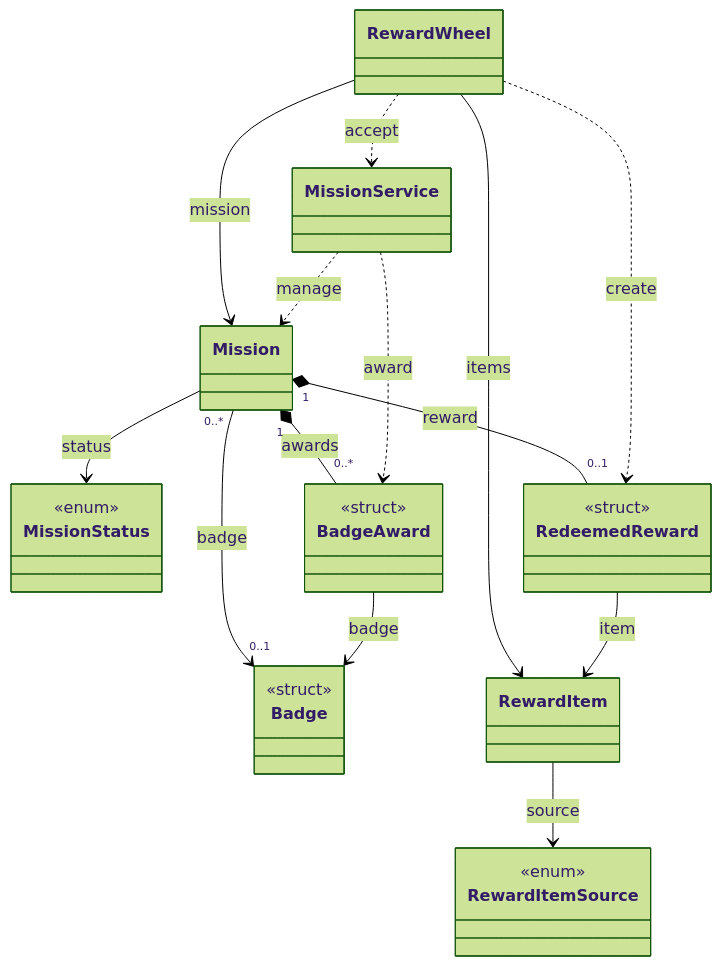
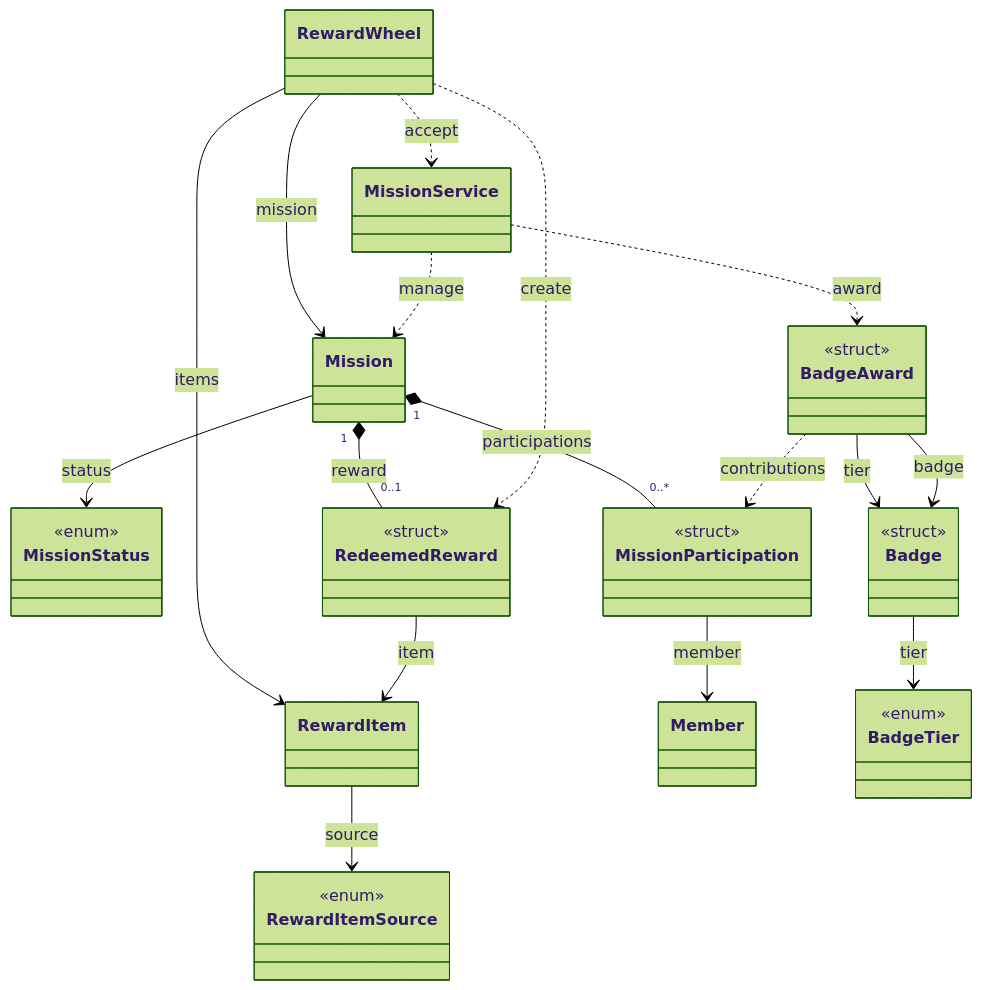
The fourth of 6 diagrams in docs/06-diagrama-de-classes.md (lizandramalta/App-Rotina-Familiar), drawn with Mermaid (forest theme) before and after one commit. The commit also changed other lines of this file and 25 other files, not shown here.

````diff
--- a/docs/06-diagrama-de-classes.md
+++ b/docs/06-diagrama-de-classes.md
@@ -724,30 +736,37 @@
 ```mermaid
 classDiagram
     class Mission
     class MissionService
     class MissionStatus
     <<enum>> MissionStatus
     class Badge
     <<struct>> Badge
+    class MissionParticipation
+    <<struct>> MissionParticipation
     class BadgeAward
     <<struct>> BadgeAward
     class RewardWheel
     class RedeemedReward
     <<struct>> RedeemedReward
     class RewardItem
     class RewardItemSource
     <<enum>> RewardItemSource
     Mission --> MissionStatus : status
     Mission "1" *-- "0..1" RedeemedReward : reward
-    Mission "0..*" --> "0..1" Badge : badge
     RewardWheel --> Mission : mission
     RewardWheel --> RewardItem : items
     RewardWheel ..> RedeemedReward : create
     RedeemedReward --> RewardItem : item
     RewardItem --> RewardItemSource : source
-    Mission "1" *-- "0..*" BadgeAward : awards
+    Mission "1" *-- "0..*" MissionParticipation : participations
+    MissionParticipation --> Member : member
+    BadgeAward --> Badge : tier
+    BadgeAward ..> MissionParticipation : contributions
     BadgeAward --> Badge : badge
     MissionService ..> Mission : manage
     MissionService ..> BadgeAward : award
     RewardWheel ..> MissionService : accept
+    class BadgeTier
+    <<enum>> BadgeTier
+    Badge --> BadgeTier : tier
 ```
````
